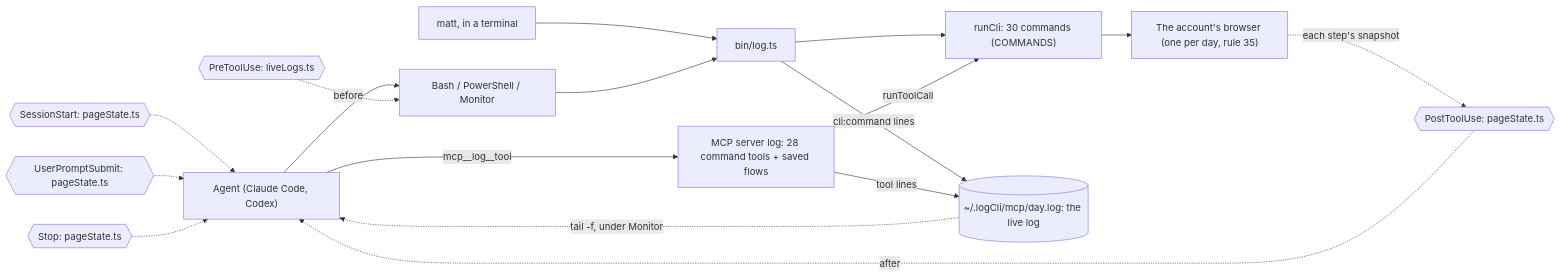
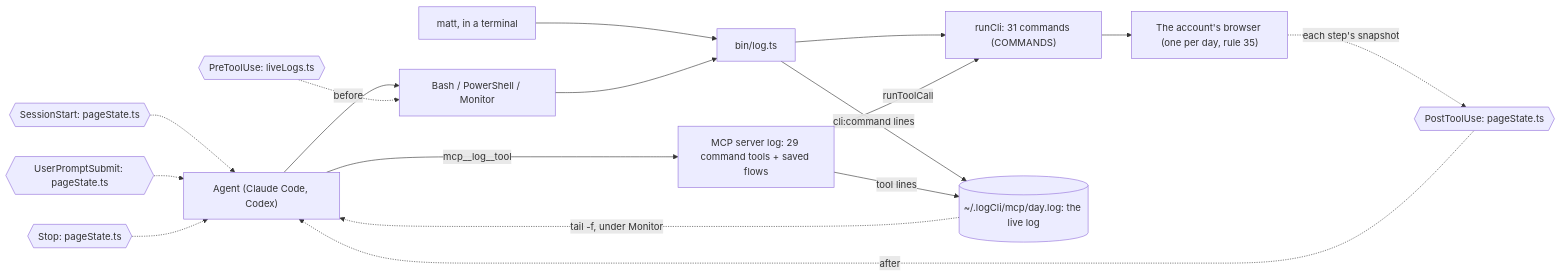
Before and after one commit to matthewdonsemail-lab/log: the second of 5 diagrams in README.md, drawn with Mermaid. The commit also changed other lines of this file and 349 other files, not shown here.

Commit message:
feat: the platform comes first, log <platform> <command> …, in every command; log facebook poll replaces read --worker (rule 63)

````diff
--- a/README.md
+++ b/README.md
@@ -87,27 +87,27 @@
 ```mermaid
 flowchart LR
   agent["Agent (Claude Code, Codex)"]
   matt["matt, in a terminal"]
   shell["Bash / PowerShell / Monitor"]
-  mcp["MCP server log: 28 command tools + saved flows"]
+  mcp["MCP server log: 29 command tools + saved flows"]
   bin["bin/log.ts"]
-  runCli["runCli: 30 commands (COMMANDS)"]
+  runCli["runCli: 31 commands (COMMANDS)"]
   live[("~/.logCli/mcp/day.log: the live log")]
   browser["The account's browser (one per day, rule 35)"]
   agent --> shell
   matt --> bin
   shell --> bin
   agent -->|mcp__log__tool| mcp
   bin --> runCli
   mcp -->|runToolCall| runCli
   runCli --> browser
   bin -->|cli:command lines| live
   mcp -->|tool lines| live
   live -.->|tail -f, under Monitor| agent
   pre0{{"PreToolUse: liveLogs.ts"}} -.->|before| shell
   post0{{"PostToolUse: pageState.ts"}} -.->|after| agent
   turn0{{"SessionStart: pageState.ts"}} -.-> agent
   turn1{{"UserPromptSubmit: pageState.ts"}} -.-> agent
   turn2{{"Stop: pageState.ts"}} -.-> agent
   browser -.->|each step's snapshot| post0
 ```
````
